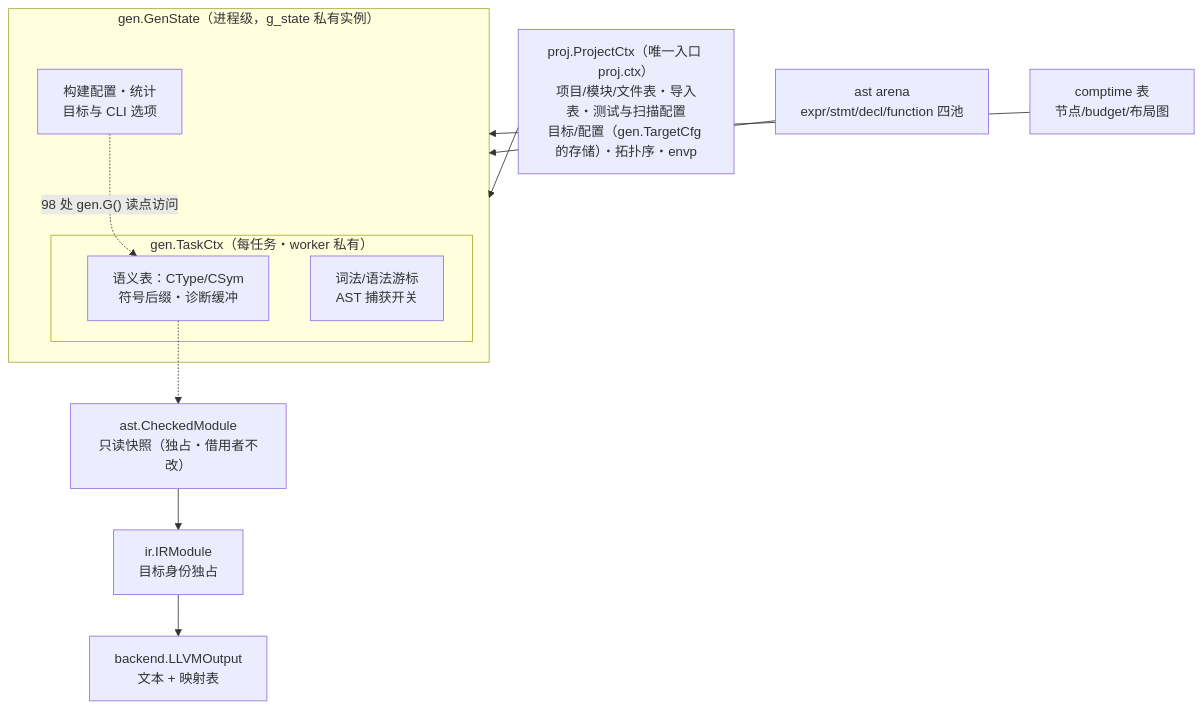
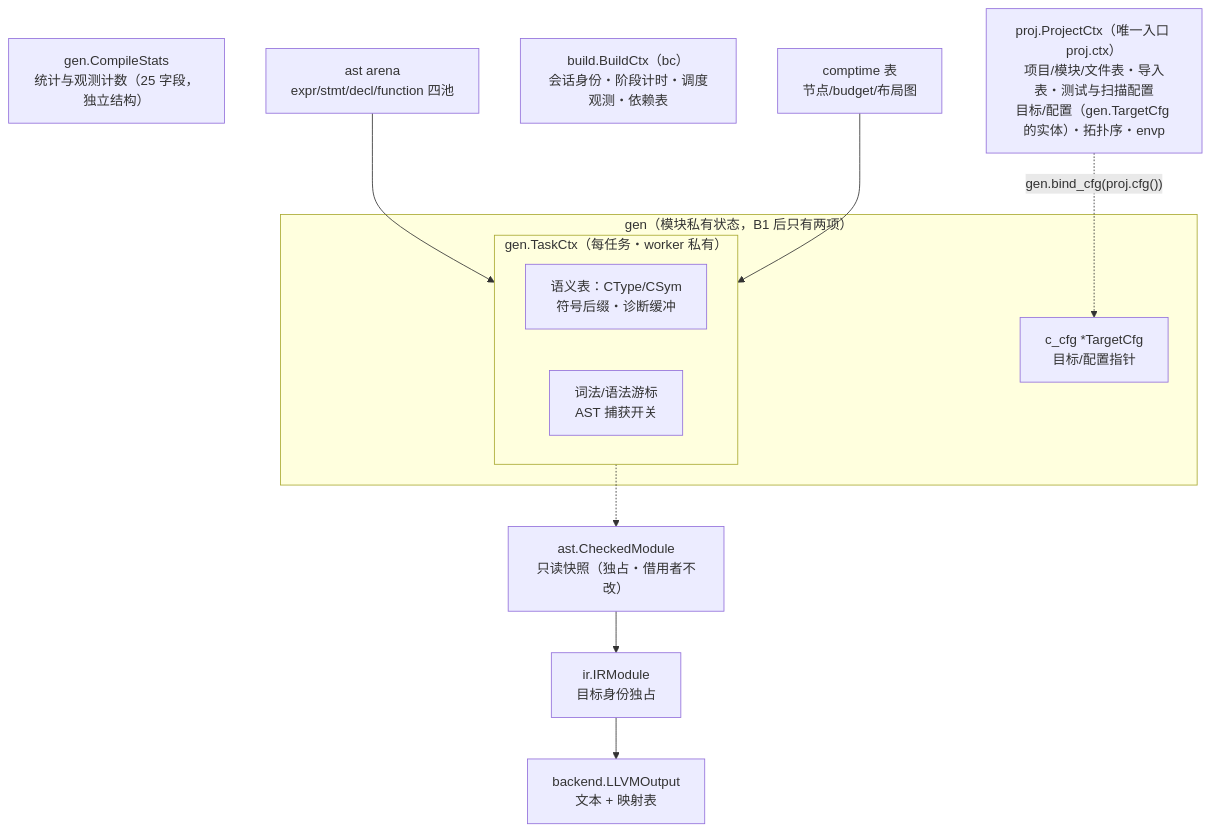
One commit to lalavender/x changed the seventh of 9 diagrams in docs/03-design/yh-架构图-2026-10-25.md. Above: the diagram before and after it, drawn with Mermaid. The commit also changed other lines of this file and 3 other files, not shown here.

Commit message:
docs: B1 全部完成（B1-3/B1-4 记录、gen.G()=0、基线表与架构图同步、AGENTS 窄口约定）

````diff
--- a/docs/03-design/yh-架构图-2026-10-25.md
+++ b/docs/03-design/yh-架构图-2026-10-25.md
@@ -328,17 +328,19 @@
 ```mermaid
 flowchart TB
-  subgraph GS["gen.GenState（进程级，g_state 私有实例）"]
-    G1["构建配置・统计<br/>目标与 CLI 选项"]
+  subgraph GS["gen（模块私有状态，B1 后只有两项）"]
+    GC["c_cfg *TargetCfg<br/>目标/配置指针"]
     subgraph TC["gen.TaskCtx（每任务・worker 私有）"]
       T1["语义表：CType/CSym<br/>符号后缀・诊断缓冲"]
       T2["词法/语法游标<br/>AST 捕获开关"]
     end
   end
-  PJ["proj.ProjectCtx（唯一入口 proj.ctx）<br/>项目/模块/文件表・导入表・测试与扫描配置<br/>目标/配置（gen.TargetCfg 的存储）・拓扑序・envp"] --> GS
-  ASTARENA["ast arena<br/>expr/stmt/decl/function 四池"] --> GS
-  CTTAB["comptime 表<br/>节点/budget/布局图"] --> GS
+  STATS["gen.CompileStats<br/>统计与观测计数（25 字段，独立结构）"]
+  PJ["proj.ProjectCtx（唯一入口 proj.ctx）<br/>项目/模块/文件表・导入表・测试与扫描配置<br/>目标/配置（gen.TargetCfg 的实体）・拓扑序・envp"]
+  BC["build.BuildCtx（bc）<br/>会话身份・阶段计时・调度观测・依赖表"]
+  ASTARENA["ast arena<br/>expr/stmt/decl/function 四池"] --> TC
+  CTTAB["comptime 表<br/>节点/budget/布局图"] --> TC
   SNAP["ast.CheckedModule<br/>只读快照（独占・借用者不改）"] --> IRM["ir.IRModule<br/>目标身份独占"]
   IRM --> LLOUT["backend.LLVMOutput<br/>文本 + 映射表"]
-  G1 -.->|"98 处 gen.G() 读点访问"| T1
-  T1 -.-> SNAP
+  PJ -.->|"gen.bind_cfg(proj.cfg())"| GC
+  TC -.-> SNAP
 ```
````
